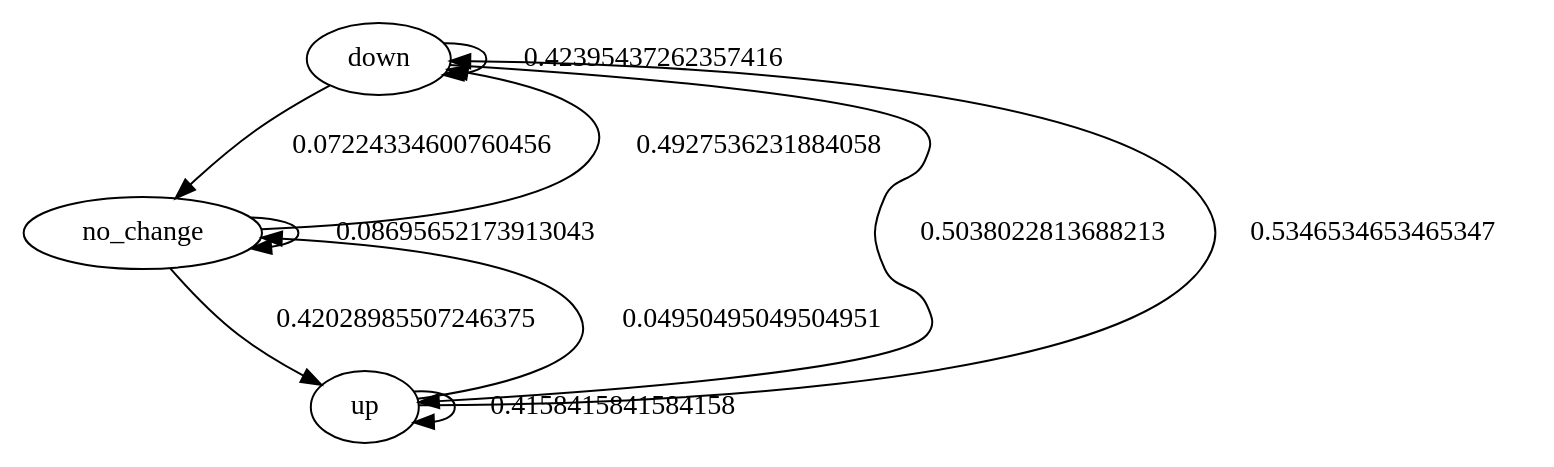
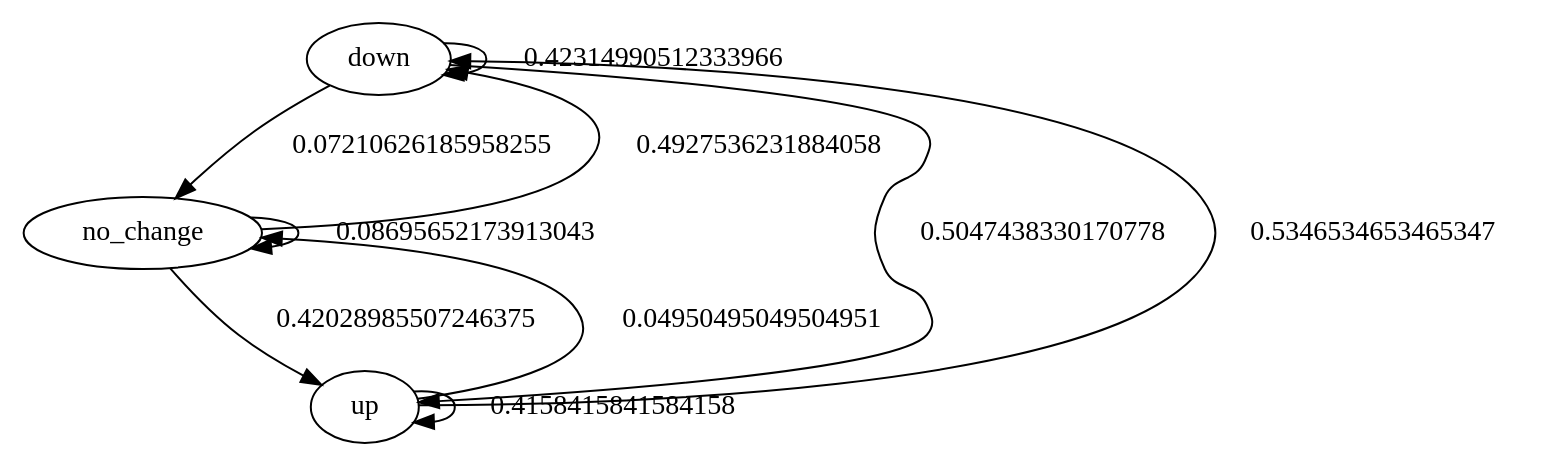
Before and after one commit to BlackPhosphorus/Markov-Trading-Model: the diagram in crypto-markov-model/nasdaq_markov.dot, drawn with Graphviz. The commit also changed 1 other file, not shown here.

Commit message:
Fixed actual v predicted graph

```diff
--- a/crypto-markov-model/nasdaq_markov.dot
+++ b/crypto-markov-model/nasdaq_markov.dot
@@ -1,14 +1,14 @@
 digraph  {
 down;
 no_change;
 up;
-down -> down [key=0, weight=0.42395437262357416, label=0.42395437262357416];
-down -> no_change [key=0, weight=0.07224334600760456, label=0.07224334600760456];
-down -> up [key=0, weight=0.5038022813688213, label=0.5038022813688213];
+down -> down [key=0, weight=0.42314990512333966, label=0.42314990512333966];
+down -> no_change [key=0, weight=0.07210626185958255, label=0.07210626185958255];
+down -> up [key=0, weight=0.5047438330170778, label=0.5047438330170778];
 no_change -> down [key=0, weight=0.4927536231884058, label=0.4927536231884058];
 no_change -> no_change [key=0, weight=0.08695652173913043, label=0.08695652173913043];
 no_change -> up [key=0, weight=0.42028985507246375, label=0.42028985507246375];
 up -> down [key=0, weight=0.5346534653465347, label=0.5346534653465347];
 up -> no_change [key=0, weight=0.04950495049504951, label=0.04950495049504951];
 up -> up [key=0, weight=0.4158415841584158, label=0.4158415841584158];
 }
```
